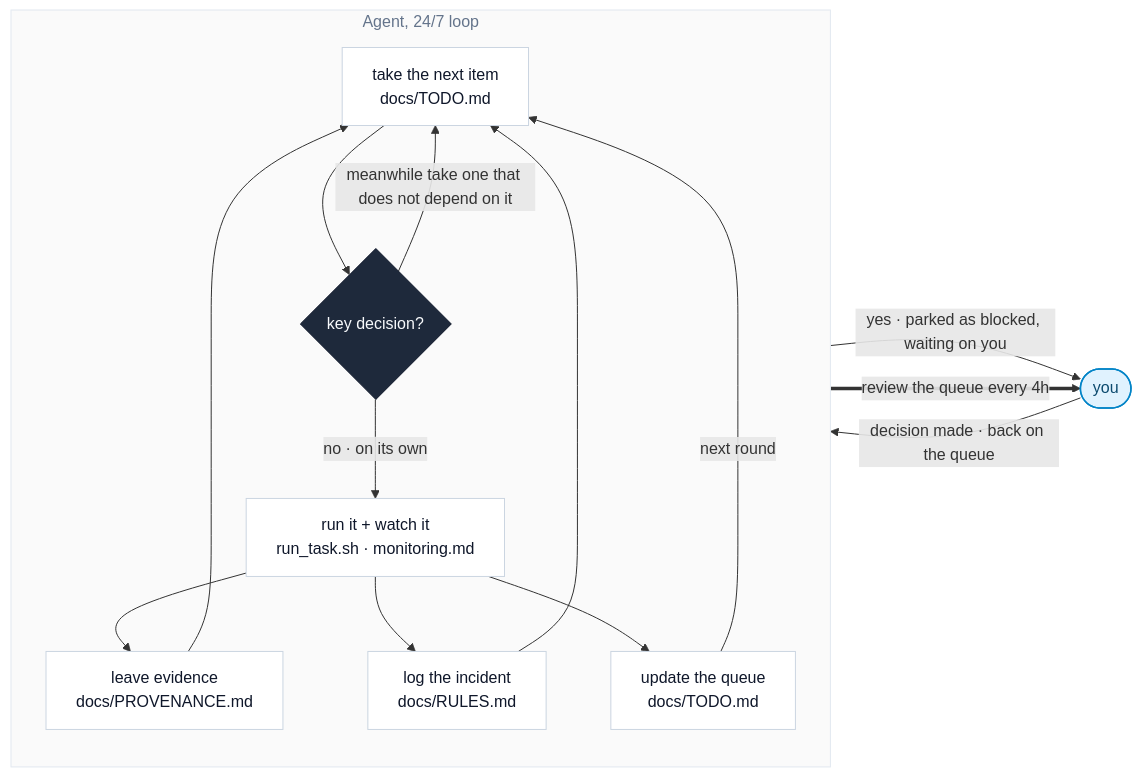
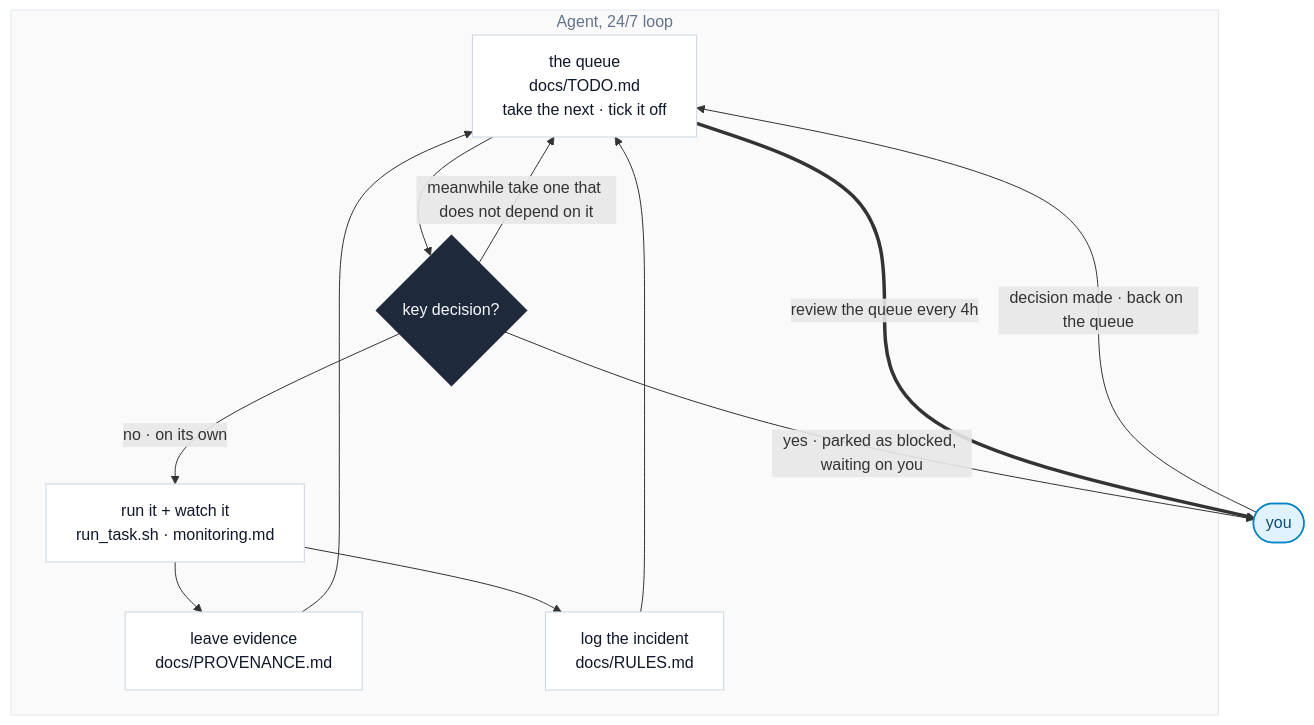
Before and after one commit to hashiruu/agent-experiment: the diagram in README.en.md, drawn with Mermaid. The commit also changed 1 other file, not shown here.

Commit message:
Attach the outside edges to real nodes, merge the two TODO boxes

````diff
--- a/README.en.md
+++ b/README.en.md
@@ -31,32 +31,28 @@
 ```mermaid
-flowchart LR
+flowchart TB
     subgraph LOOP["Agent, 24/7 loop"]
-        direction TB
-        T1["take the next item<br/>docs/TODO.md"]
+        Q["the queue<br/>docs/TODO.md<br/>take the next · tick it off"]
         D{"key decision?"}
         T2["run it + watch it<br/>run_task.sh · monitoring.md"]
         PV["leave evidence<br/>docs/PROVENANCE.md"]
         RL["log the incident<br/>docs/RULES.md"]
-        TD["update the queue<br/>docs/TODO.md"]
-        T1 --> D
+        Q --> D
         D -->|"no · on its own"| T2
         T2 --> PV
         T2 --> RL
-        T2 --> TD
-        PV --> T1
-        RL --> T1
-        TD -->|"next round"| T1
-        D -->|"meanwhile take one that does not depend on it"| T1
+        PV --> Q
+        RL --> Q
+        D -->|"meanwhile take one that does not depend on it"| Q
     end
     D -->|"yes · parked as blocked, waiting on you"| HU(["you"])
-    HU -->|"decision made · back on the queue"| T1
-    TD ==>|"review the queue every 4h"| HU
+    HU -->|"decision made · back on the queue"| Q
+    Q ==>|"review the queue every 4h"| HU
 
     classDef step fill:#FFFFFF,stroke:#CBD5E1,stroke-width:1px,color:#0F172A
     classDef gate fill:#1E293B,stroke:#0F172A,stroke-width:1px,color:#F8FAFC
     classDef human fill:#E0F2FE,stroke:#0284C7,stroke-width:1.5px,color:#0C4A6E
-    class T1,T2,PV,RL,TD step
+    class Q,T2,PV,RL step
     class D gate
     class HU human
     style LOOP fill:#FAFAFA,stroke:#E2E8F0,color:#64748B
 ```
````
